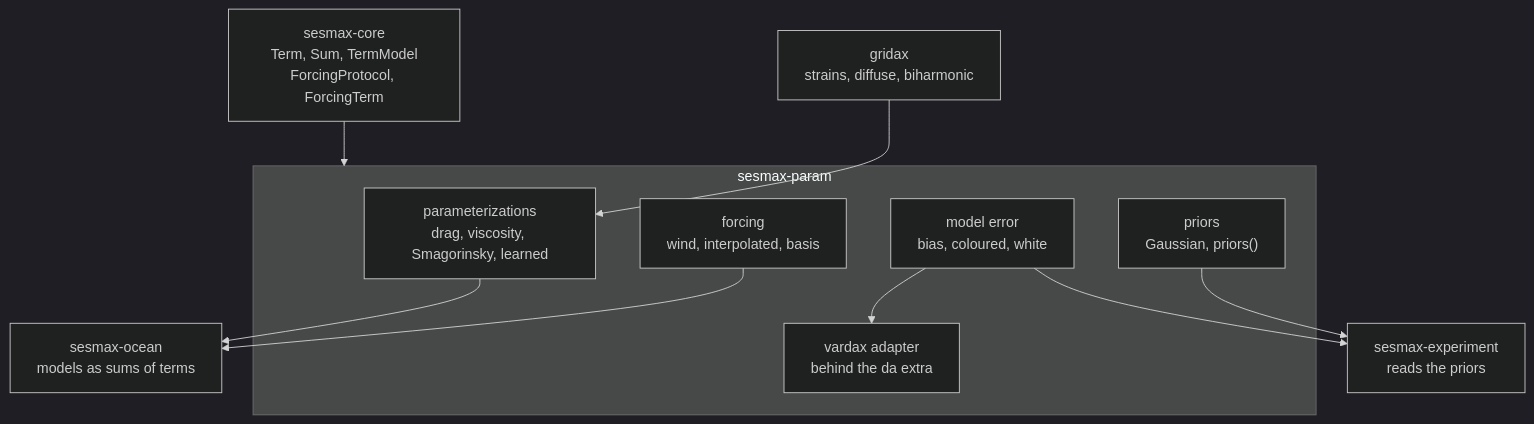
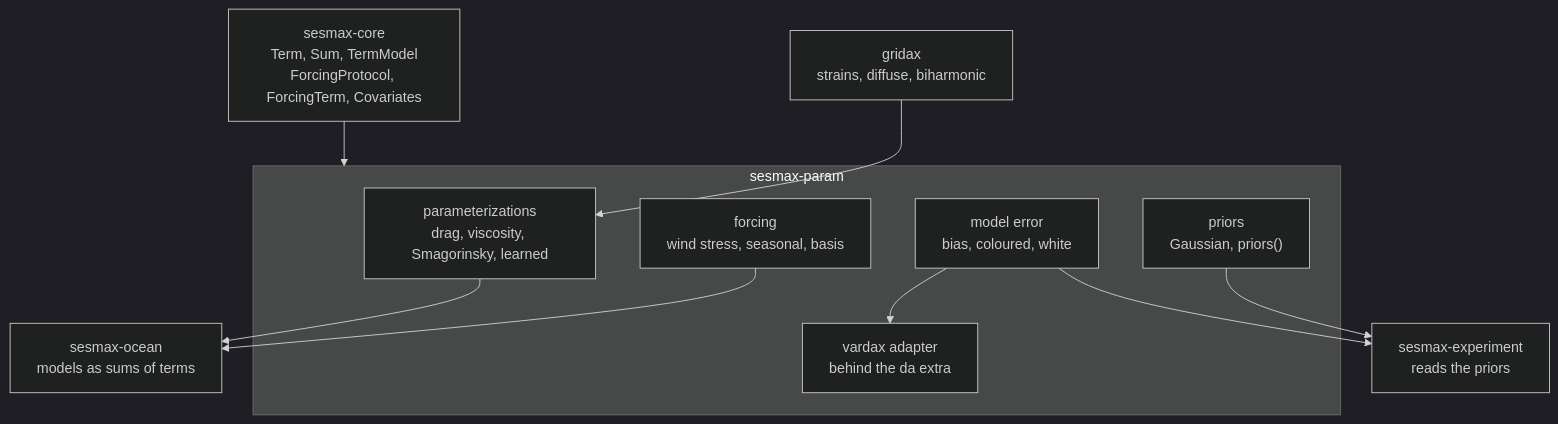
Before and after one commit to jejjohnson/sesmax: the diagram in docs/design/sesmax_param.md, drawn with Mermaid (dark theme). The commit also changed other lines of this file and 1 other file, not shown here.

Commit message:
docs(design): forcing, covariates and controls are three things

````diff
--- a/docs/design/sesmax_param.md
+++ b/docs/design/sesmax_param.md
@@ -196,21 +217,21 @@
 ```mermaid
 flowchart TD
-    core["sesmax-core<br/>Term, Sum, TermModel<br/>ForcingProtocol, ForcingTerm"]
+    core["sesmax-core<br/>Term, Sum, TermModel<br/>ForcingProtocol, ForcingTerm, Covariates"]
     gridax["gridax<br/>strains, diffuse, biharmonic"]
     subgraph param["sesmax-param"]
         pz["parameterizations<br/>drag, viscosity, Smagorinsky, learned"]
-        fo["forcing<br/>wind, interpolated, basis"]
+        fo["forcing<br/>wind stress, seasonal, basis"]
         me["model error<br/>bias, coloured, white"]
         pr["priors<br/>Gaussian, priors()"]
         da["vardax adapter<br/>behind the da extra"]
     end
     ocean["sesmax-ocean<br/>models as sums of terms"]
     exp["sesmax-experiment<br/>reads the priors"]
     core --> param
     gridax --> pz
     pz --> ocean
     fo --> ocean
     me --> exp
     pr --> exp
     me --> da
 ```
````
